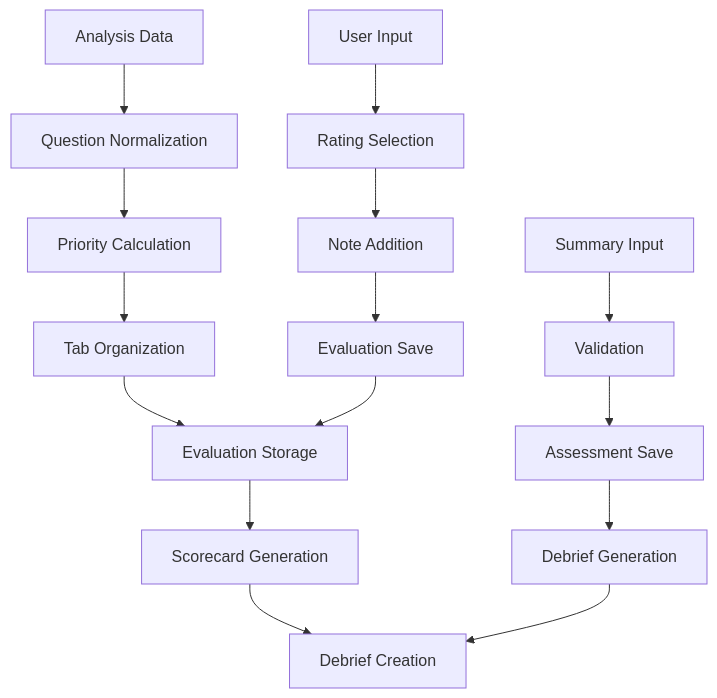
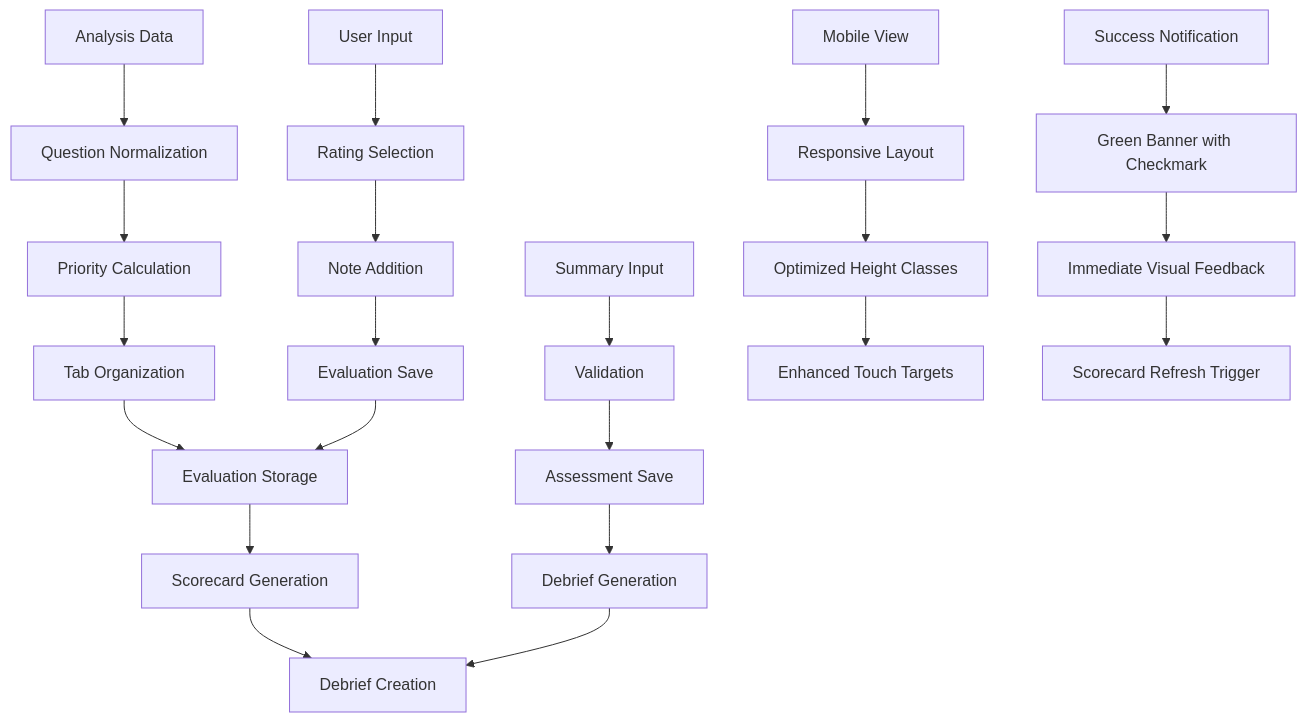
Before and after one commit to Revanththetalogics/aireume: the second of 9 diagrams in .qoder/repowiki/en/content/Frontend Architecture/Component Library/PhoneScreenKit Component.md, drawn with Mermaid. The commit also changed other lines of this file and 7 other files, not shown here.

````diff
--- a/.qoder/repowiki/en/content/Frontend Architecture/Component Library/PhoneScreenKit Component.md
+++ b/.qoder/repowiki/en/content/Frontend Architecture/Component Library/PhoneScreenKit Component.md
@@ -87,17 +102,23 @@
 ```mermaid
 flowchart TD
 A[Analysis Data] --> B[Question Normalization]
 B --> C[Priority Calculation]
 C --> D[Tab Organization]
 D --> E[Evaluation Storage]
 E --> F[Scorecard Generation]
 F --> G[Debrief Creation]
 H[User Input] --> I[Rating Selection]
 I --> J[Note Addition]
 J --> K[Evaluation Save]
 K --> E
 L[Summary Input] --> M[Validation]
 M --> N[Assessment Save]
 N --> O[Debrief Generation]
 O --> G
+P[Mobile View] --> Q[Responsive Layout]
+Q --> R[Optimized Height Classes]
+R --> S[Enhanced Touch Targets]
+T[Success Notification] --> U[Green Banner with Checkmark]
+U --> V[Immediate Visual Feedback]
+V --> W[Scorecard Refresh Trigger]
 ```
````
